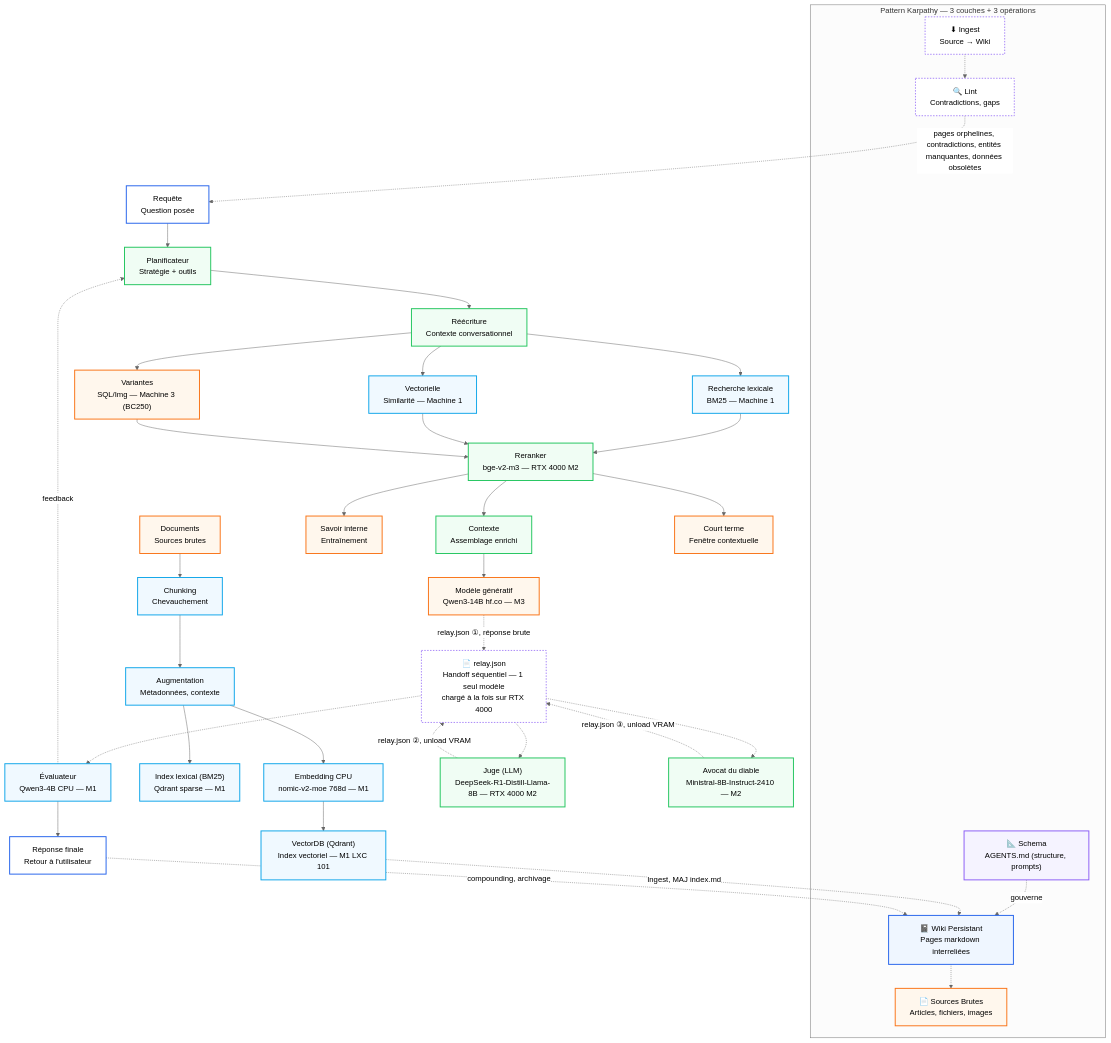
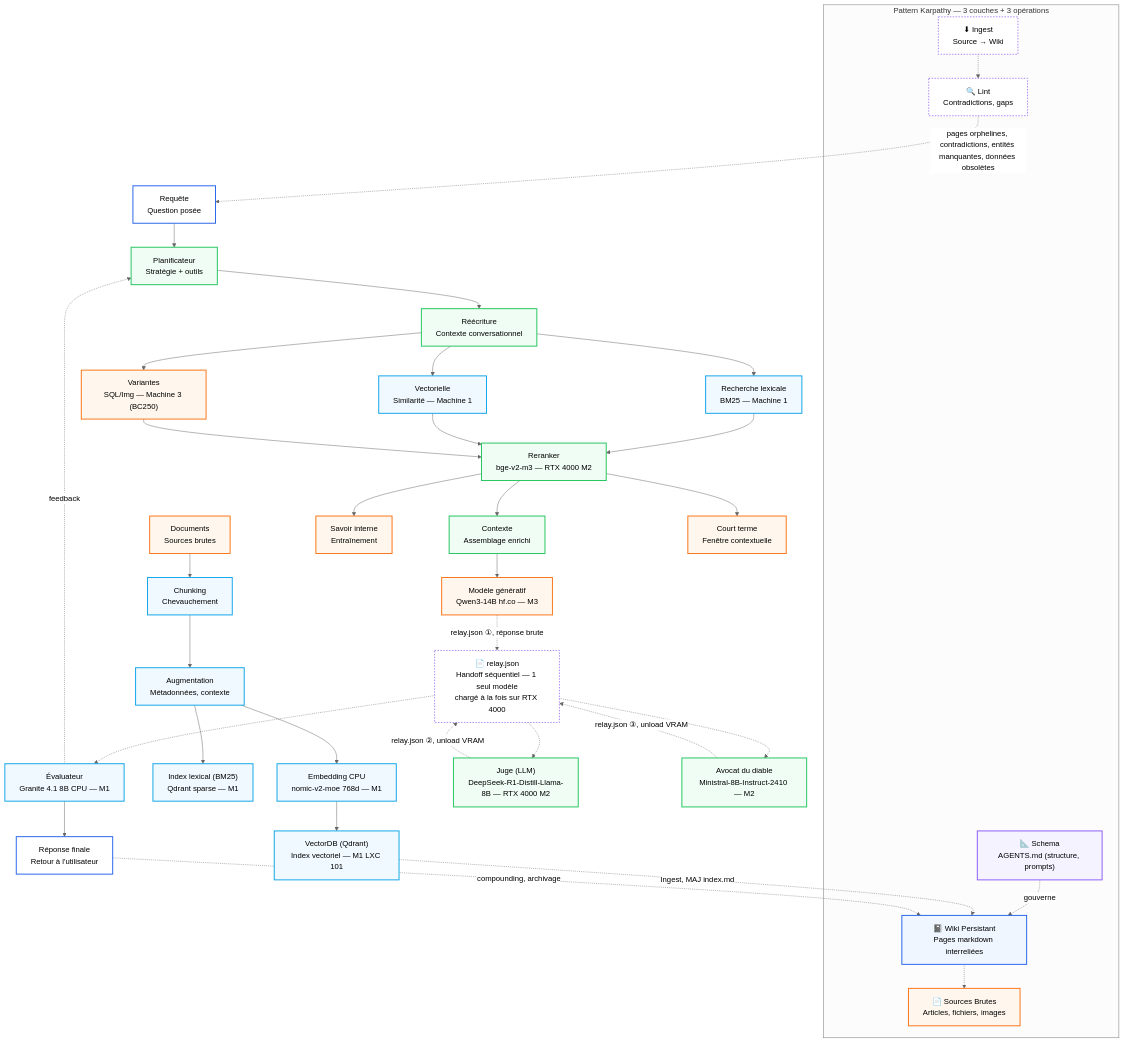
Before and after one commit to chelmooz/rag-multi-agent-cluster: the first of 2 diagrams in docs/architecture.md, drawn with Mermaid (neutral theme). The commit also changed other lines of this file and 12 other files, not shown here.

Commit message:
docs: Machine 3 = Fedora 43 (guide complet BIOS Forbidden-Darkness + 40CU) + Évaluateur Granite 4.1 8B

````diff
--- a/docs/architecture.md
+++ b/docs/architecture.md
@@ -7,73 +7,73 @@
 ```mermaid
 flowchart TB
     classDef schema fill:#f5f3ff,stroke:#8b5cf6,stroke-width:2px
     classDef wiki fill:#eff6ff,stroke:#2563eb,stroke-width:2px
     classDef src fill:#fff7ed,stroke:#f97316,stroke-width:2px
     classDef m1 fill:#f0f9ff,stroke:#0ea5e9,stroke-width:2px
     classDef m2 fill:#f0fdf4,stroke:#22c55e,stroke-width:2px
     classDef m3 fill:#fff7ed,stroke:#f97316,stroke-width:2px
     classDef op fill:#ffffff,stroke:#8b5cf6,stroke-width:1.5px,stroke-dasharray: 3 3
     classDef final fill:#ffffff,stroke:#2563eb,stroke-width:2px
 
     subgraph Karpathy["Pattern Karpathy — 3 couches + 3 opérations"]
         Schema["📐 Schema<br/>AGENTS.md (structure, prompts)"]:::schema
         WikiPersist["📓 Wiki Persistant<br/>Pages markdown interreliées"]:::wiki
         Sources["📄 Sources Brutes<br/>Articles, fichiers, images"]:::src
         Ingest["⬇ Ingest<br/>Source → Wiki"]:::op
         Lint["🔍 Lint<br/>Contradictions, gaps"]:::op
     end
 
     Documents["Documents<br/>Sources brutes"]:::src
     Chunking["Chunking<br/>Chevauchement"]:::m1
     Augment["Augmentation<br/>Métadonnées, contexte"]:::m1
     BM25["Index lexical (BM25)<br/>Qdrant sparse — M1"]:::m1
     EmbedCPU["Embedding CPU<br/>nomic-v2-moe 768d — M1"]:::m1
     VectorDB["VectorDB (Qdrant)<br/>Index vectoriel — M1 LXC 101"]:::m1
 
     Requete["Requête<br/>Question posée"]:::final
     Planif["Planificateur<br/>Stratégie + outils"]:::m2
     Rewrite["Réécriture<br/>Contexte conversationnel"]:::m2
     RechLex["Recherche lexicale<br/>BM25 — Machine 1"]:::m1
     RechVec["Vectorielle<br/>Similarité — Machine 1"]:::m1
     Variantes["Variantes<br/>SQL/Img — Machine 3 (BC250)"]:::m3
     Rerank["Reranker<br/>bge-v2-m3 — RTX 4000 M2"]:::m2
     SavoirInterne["Savoir interne<br/>Entraînement"]:::src
     Contexte["Contexte<br/>Assemblage enrichi"]:::m2
     CourtTerme["Court terme<br/>Fenêtre contextuelle"]:::src
     ModeleGen["Modèle génératif<br/>Qwen3-14B hf.co — M3"]:::m3
     JugeLLM["Juge (LLM)<br/>DeepSeek-R1-Distill-Llama-8B — RTX 4000 M2"]:::m2
     Avocat["Avocat du diable<br/>Ministral-8B-Instruct-2410 — M2"]:::m2
-    Evaluateur["Évaluateur<br/>Qwen3-4B CPU — M1"]:::m1
+    Evaluateur["Évaluateur<br/>Granite 4.1 8B CPU — M1"]:::m1
     Relay["📄 relay.json<br/>Handoff séquentiel — 1 seul modèle<br/>chargé à la fois sur RTX 4000"]:::op
     ReponseFinale["Réponse finale<br/>Retour à l'utilisateur"]:::final
 
     Schema -.->|gouverne| WikiPersist -.-> Sources
     Ingest -.-> Lint
 
     Documents --> Chunking --> Augment
     Augment --> BM25
     Augment --> EmbedCPU --> VectorDB
     VectorDB -.->|Ingest, MAJ index.md| WikiPersist
 
     Requete --> Planif --> Rewrite
     Rewrite --> RechLex
     Rewrite --> RechVec
     Rewrite --> Variantes
     RechLex --> Rerank
     RechVec --> Rerank
     Variantes --> Rerank
     Rerank --> SavoirInterne
     Rerank --> Contexte
     Rerank --> CourtTerme
     Contexte --> ModeleGen
     ModeleGen -.->|relay.json ①, réponse brute| Relay
     Relay -.-> JugeLLM
     JugeLLM -.->|relay.json ②, unload VRAM| Relay
     Relay -.-> Avocat
     Avocat -.->|relay.json ③, unload VRAM| Relay
     Relay -.-> Evaluateur
     Evaluateur --> ReponseFinale
     Evaluateur -.->|feedback| Planif
     ReponseFinale -.->|compounding, archivage| WikiPersist
     Lint -.->|pages orphelines, contradictions, entités manquantes, données obsolètes| Requete
 ```
````
